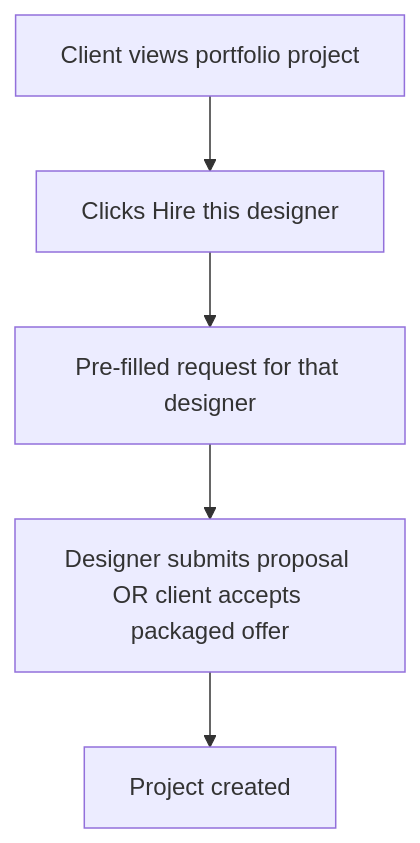
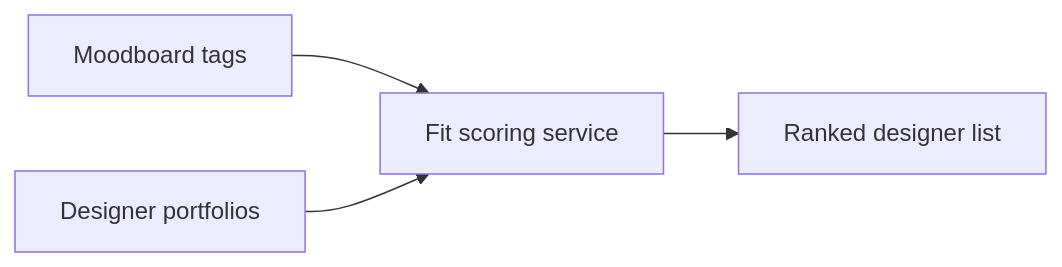
One commit to MNSBaanu/Inside changed the third of 5 diagrams in docs/SYSTEM-OVERVIEW.md. Above: the diagram before and after it, drawn with Mermaid. The commit also changed other lines of this file and 17 other files, not shown here.

````diff
--- a/docs/SYSTEM-OVERVIEW.md
+++ b/docs/SYSTEM-OVERVIEW.md
@@ -151,7 +108,6 @@
 ```mermaid
-flowchart TD
-    A[Client views portfolio project] --> B[Clicks Hire this designer]
-    B --> C[Pre-filled request for that designer]
-    C --> D[Designer submits proposal OR client accepts packaged offer]
-    D --> E[Project created]
+flowchart LR
+    Moodboard[Moodboard tags] --> Algo[Fit scoring service]
+    Portfolios[Designer portfolios] --> Algo
+    Algo --> Rank[Ranked designer list]
 ```
````
